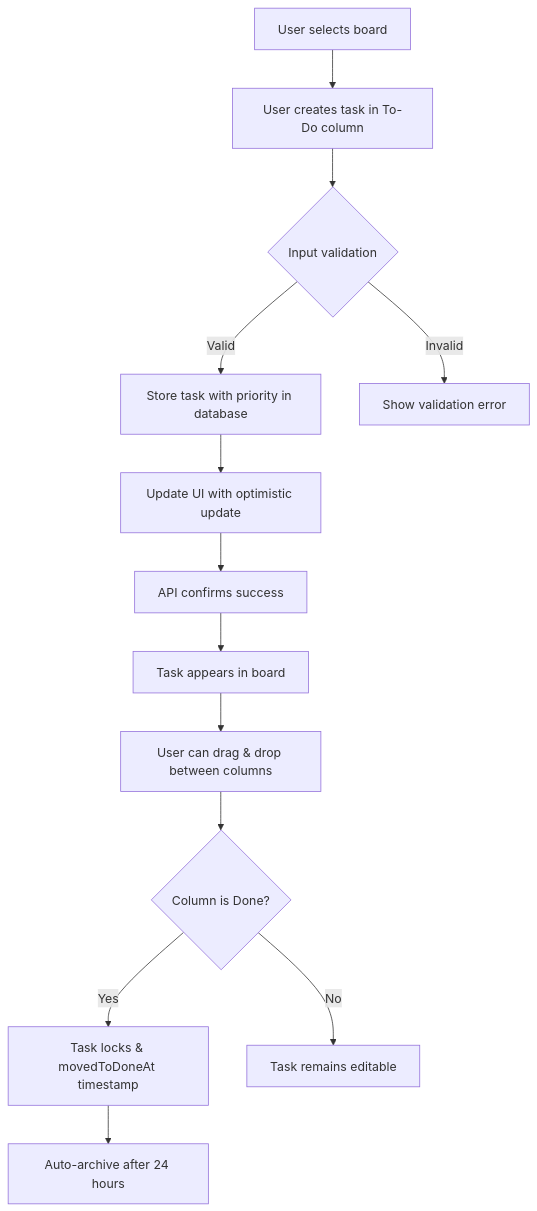
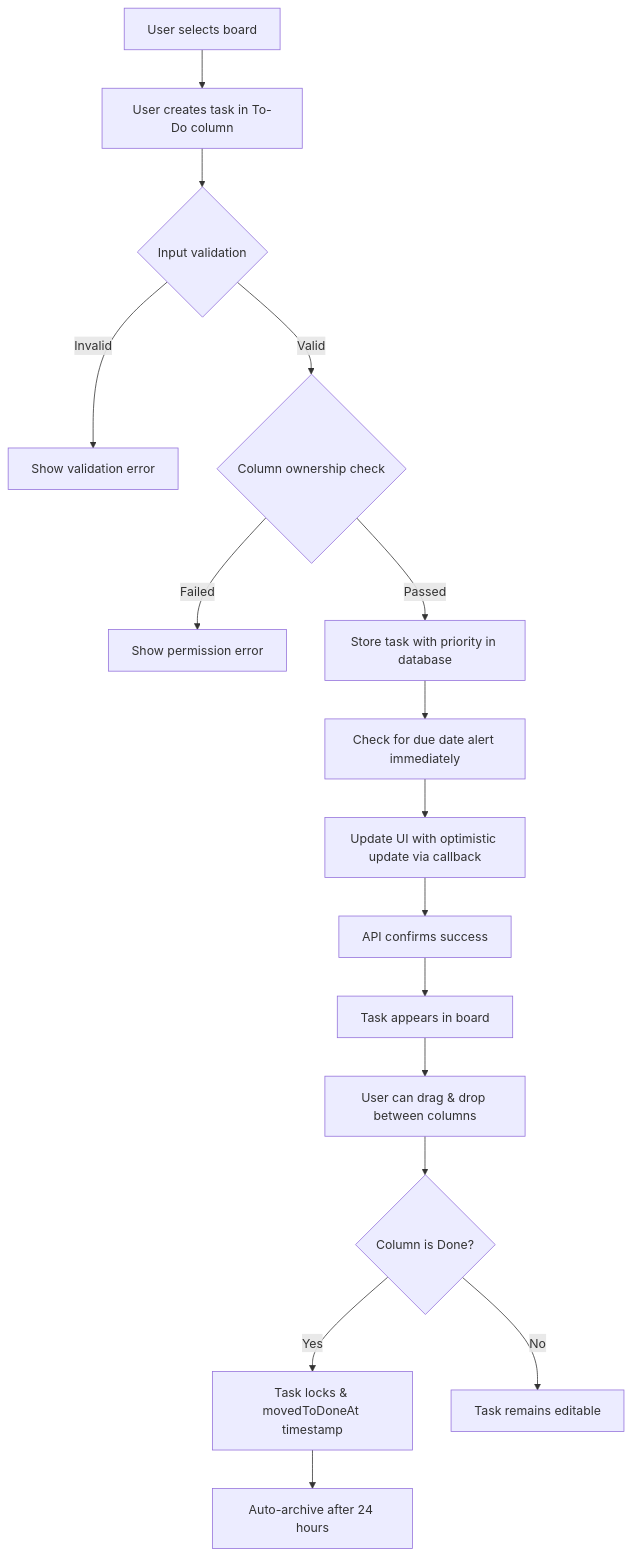
One commit to gluppler/Kibble changed the second of 6 diagrams in README.md. Above: the diagram before and after it, drawn with Mermaid. The commit also changed other lines of this file and 34 other files, not shown here.

````diff
--- a/README.md
+++ b/README.md
@@ -512,15 +537,18 @@
 ```mermaid
 flowchart TD
     A[User selects board] --> B[User creates task in To-Do column]
     B --> C{Input validation}
-    C -->|Valid| D[Store task with priority in database]
-    D --> E[Update UI with optimistic update]
-    E --> F[API confirms success]
-    F --> G[Task appears in board]
     C -->|Invalid| H[Show validation error]
-    G --> I[User can drag & drop between columns]
-    I --> J{Column is Done?}
-    J -->|Yes| K[Task locks & movedToDoneAt timestamp]
-    K --> L[Auto-archive after 24 hours]
-    J -->|No| M[Task remains editable]
+    C -->|Valid| D{Column ownership check}
+    D -->|Failed| I[Show permission error]
+    D -->|Passed| E[Store task with priority in database]
+    E --> F[Check for due date alert immediately]
+    F --> G[Update UI with optimistic update via callback]
+    G --> H2[API confirms success]
+    H2 --> I2[Task appears in board]
+    I2 --> J[User can drag & drop between columns]
+    J --> K{Column is Done?}
+    K -->|Yes| L[Task locks & movedToDoneAt timestamp]
+    L --> M[Auto-archive after 24 hours]
+    K -->|No| N[Task remains editable]
 ```
````
